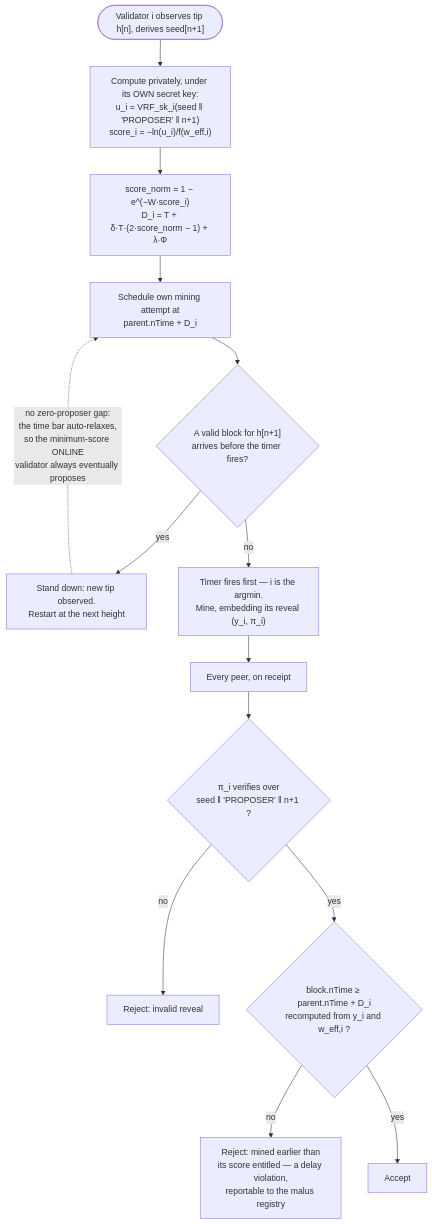
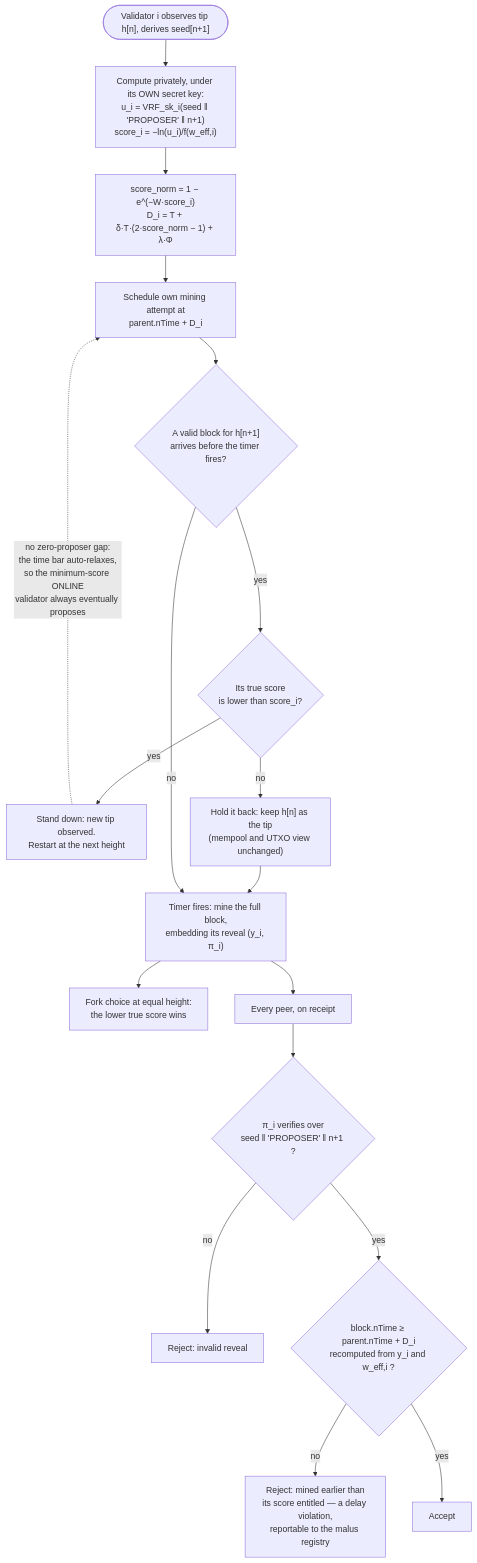
Before and after one commit to FeMattu/multichain: the fourth of 5 diagrams in docs/thesis-project-overview.md, drawn with Mermaid. The commit also changed other lines of this file and 44 other files, not shown here.

````diff
--- a/docs/thesis-project-overview.md
+++ b/docs/thesis-project-overview.md
@@ -669,19 +673,23 @@
 ```mermaid
 flowchart TD
     Start(["Validator i observes tip h[n], derives seed[n+1]"]) --> Eval["Compute privately, under its OWN secret key:<br/>u_i = VRF_sk_i(seed ‖ 'PROPOSER' ‖ n+1)<br/>score_i = −ln(u_i)/f(w_eff,i)"]
     Eval --> Norm["score_norm = 1 − e^(−W·score_i)<br/>D_i = T + δ·T·(2·score_norm − 1) + λ·Φ"]
     Norm --> Timer["Schedule own mining attempt at<br/>parent.nTime + D_i"]
 
     Timer --> Race{"A valid block for h[n+1]<br/>arrives before the timer fires?"}
-    Race -->|yes| Stand["Stand down: new tip observed.<br/>Restart at the next height"]
-    Race -->|no| Propose["Timer fires first — i is the argmin.<br/>Mine, embedding its reveal (y_i, π_i)"]
+    Race -->|yes| Better{"Its true score<br/>is lower than score_i?"}
+    Better -->|yes| Stand["Stand down: new tip observed.<br/>Restart at the next height"]
+    Better -->|no| Hold["Hold it back: keep h[n] as the tip<br/>(mempool and UTXO view unchanged)"]
+    Hold --> Propose
+    Race -->|no| Propose["Timer fires: mine the full block,<br/>embedding its reveal (y_i, π_i)"]
+    Propose --> FC["Fork choice at equal height:<br/>the lower true score wins"]
 
     Propose --> Peer["Every peer, on receipt"]
     Peer --> V1{"π_i verifies over<br/>seed ‖ 'PROPOSER' ‖ n+1 ?"}
     V1 -->|no| Rej1["Reject: invalid reveal"]
     V1 -->|yes| V2{"block.nTime ≥ parent.nTime + D_i<br/>recomputed from y_i and w_eff,i ?"}
     V2 -->|no| Rej2["Reject: mined earlier than<br/>its score entitled — a delay violation,<br/>reportable to the malus registry"]
     V2 -->|yes| Acc["Accept"]
 
     Stand -.->|"no zero-proposer gap:<br/>the time bar auto-relaxes,<br/>so the minimum-score ONLINE<br/>validator always eventually proposes"| Timer
 ```
````
